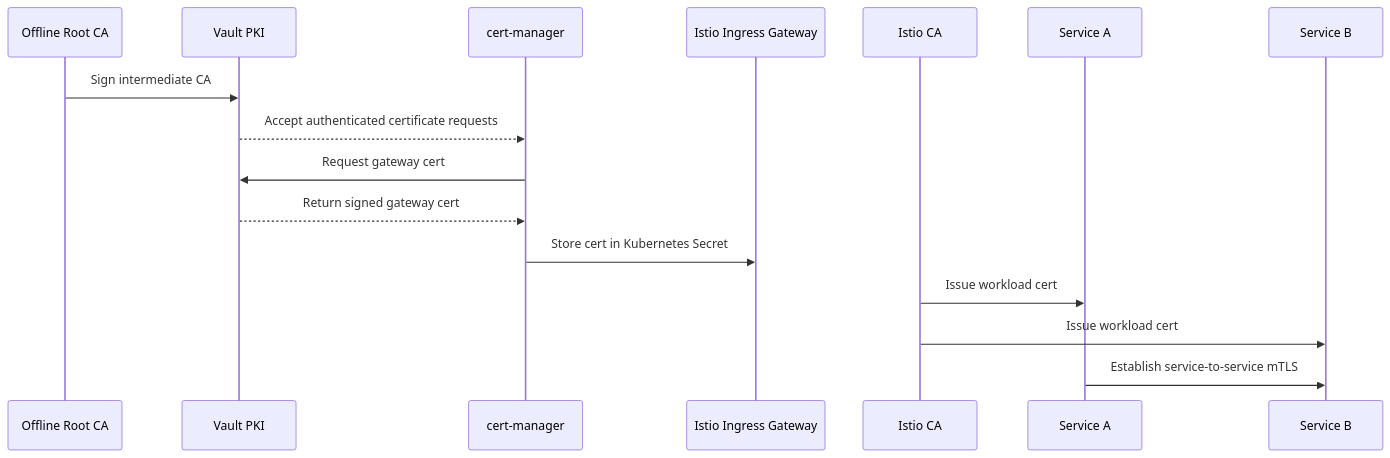
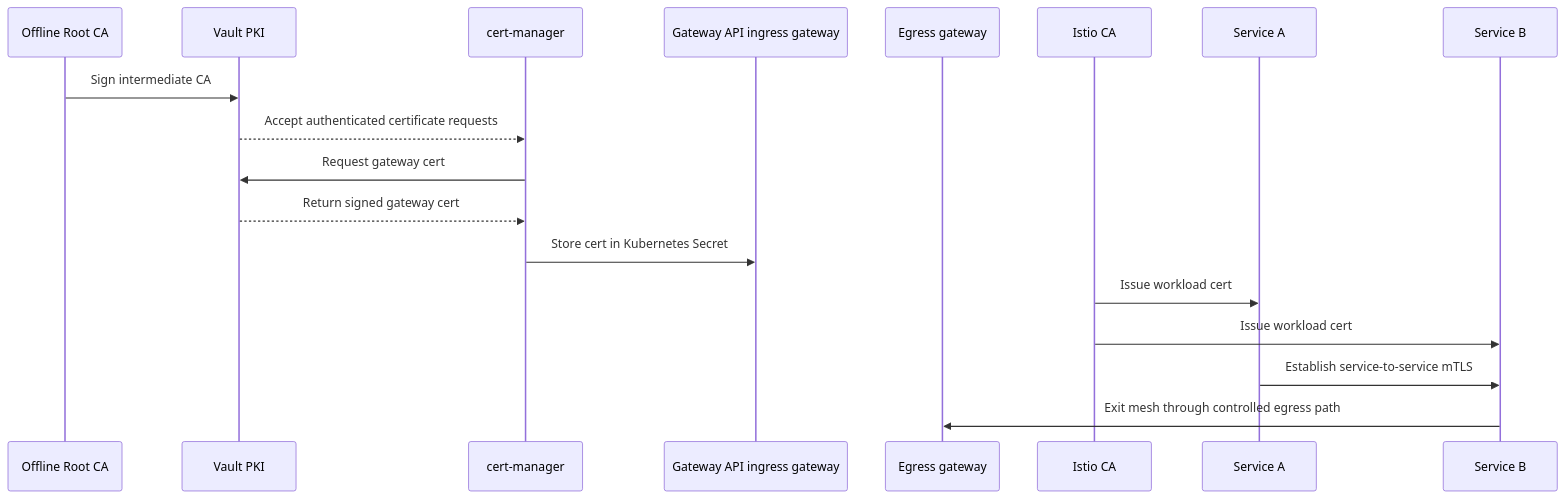
One commit to zeshaq/tutorials-presentations-docs changed the second of 2 diagrams in mtls/01-architecture-and-trust-model.md. Above: the diagram before and after it, drawn with Mermaid. The commit also changed other lines of this file and 10 other files, not shown here.

````diff
--- a/mtls/01-architecture-and-trust-model.md
+++ b/mtls/01-architecture-and-trust-model.md
@@ -115,20 +122,22 @@
 ```mermaid
 sequenceDiagram
     participant Root as Offline Root CA
     participant Vault as Vault PKI
     participant CM as cert-manager
-    participant IGW as Istio Ingress Gateway
+    participant IGW as Gateway API ingress gateway
+    participant EGW as Egress gateway
     participant Istiod as Istio CA
     participant A as Service A
     participant B as Service B
 
     Root->>Vault: Sign intermediate CA
     Vault-->>CM: Accept authenticated certificate requests
     CM->>Vault: Request gateway cert
     Vault-->>CM: Return signed gateway cert
     CM->>IGW: Store cert in Kubernetes Secret
 
     Istiod->>A: Issue workload cert
     Istiod->>B: Issue workload cert
     A->>B: Establish service-to-service mTLS
+    B->>EGW: Exit mesh through controlled egress path
 ```
````
